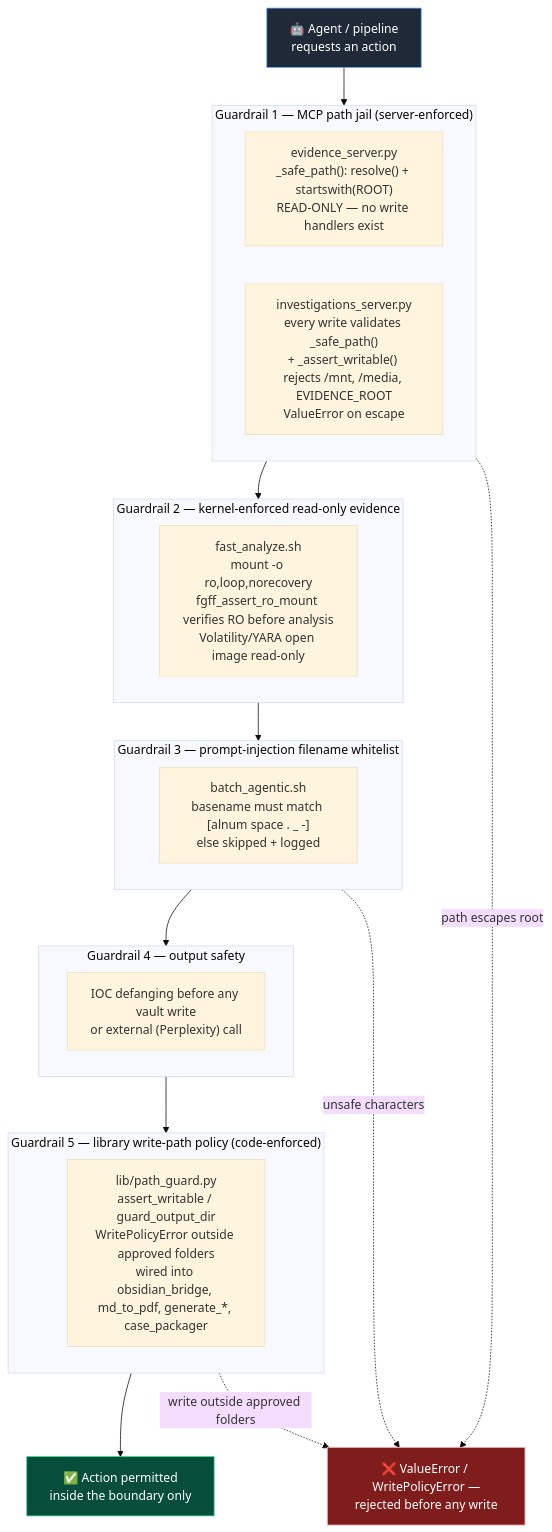
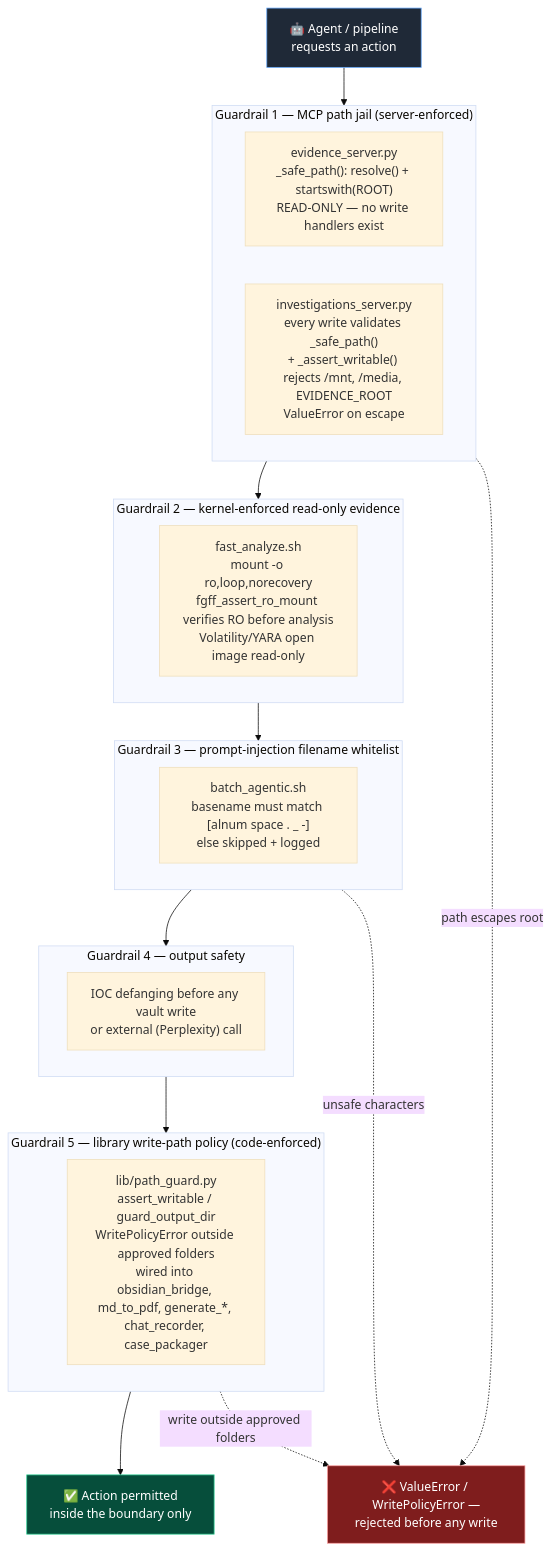
Before and after one commit to vriesrichardde/FanGetFameFast: the fifth of 9 diagrams in docs/ARCHITECTURE_DIAGRAM.md, drawn with Mermaid (base theme). The commit also changed other lines of this file and 10 other files, not shown here.

Commit message:
Add a feature that saves the chat output when using the solution as a PDF that can be used as part of the evidence.

````diff
--- a/docs/ARCHITECTURE_DIAGRAM.md
+++ b/docs/ARCHITECTURE_DIAGRAM.md
@@ -243,35 +250,35 @@
 ```mermaid
 flowchart TB
     AGENT["🤖 Agent / pipeline<br/>requests an action"]:::agent
 
     subgraph G1["Guardrail 1 — MCP path jail (server-enforced)"]
         EV["evidence_server.py<br/>_safe_path(): resolve() + startswith(ROOT)<br/>READ-ONLY — no write handlers exist"]
         INV["investigations_server.py<br/>every write validates _safe_path()<br/>+ _assert_writable() rejects /mnt, /media, EVIDENCE_ROOT<br/>ValueError on escape"]
     end
 
     subgraph G2["Guardrail 2 — kernel-enforced read-only evidence"]
         MNT["fast_analyze.sh<br/>mount -o ro,loop,norecovery<br/>fgff_assert_ro_mount verifies RO before analysis<br/>Volatility/YARA open image read-only"]
     end
 
     subgraph G3["Guardrail 3 — prompt-injection filename whitelist"]
         FN["batch_agentic.sh<br/>basename must match [alnum space . _ -]<br/>else skipped + logged"]
     end
 
     subgraph G4["Guardrail 4 — output safety"]
         DF["IOC defanging before any vault write<br/>or external (Perplexity) call"]
     end
 
     subgraph G5["Guardrail 5 — library write-path policy (code-enforced)"]
-        PG["lib/path_guard.py<br/>assert_writable / guard_output_dir<br/>WritePolicyError outside approved folders<br/>wired into obsidian_bridge, md_to_pdf, generate_*, case_packager"]
+        PG["lib/path_guard.py<br/>assert_writable / guard_output_dir<br/>WritePolicyError outside approved folders<br/>wired into obsidian_bridge, md_to_pdf, generate_*, chat_recorder, case_packager"]
     end
 
     AGENT --> G1 --> G2 --> G3 --> G4 --> G5 --> ALLOW["✅ Action permitted<br/>inside the boundary only"]:::ok
 
     G1 -.->|"path escapes root"| DENY["❌ ValueError / WritePolicyError —<br/>rejected before any write"]:::deny
     G3 -.->|"unsafe characters"| DENY
     G5 -.->|"write outside approved folders"| DENY
 
     classDef agent fill:#1f2937,stroke:#60a5fa,color:#fff
     classDef ok fill:#064e3b,stroke:#34d399,color:#fff
     classDef deny fill:#7f1d1d,stroke:#fca5a5,color:#fff
 ```
````
